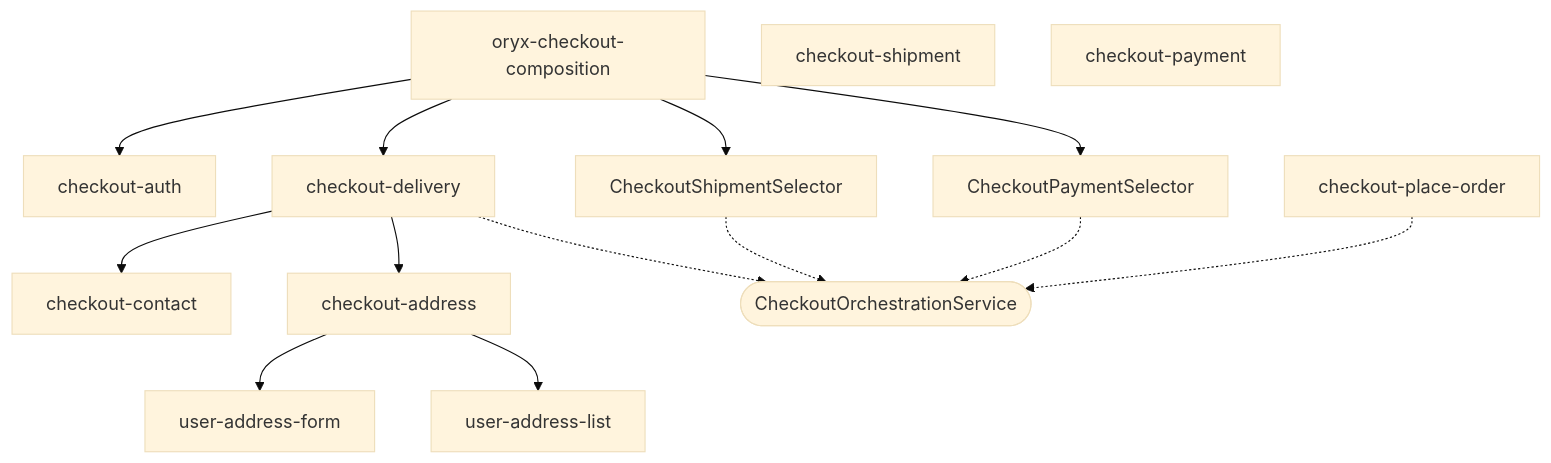
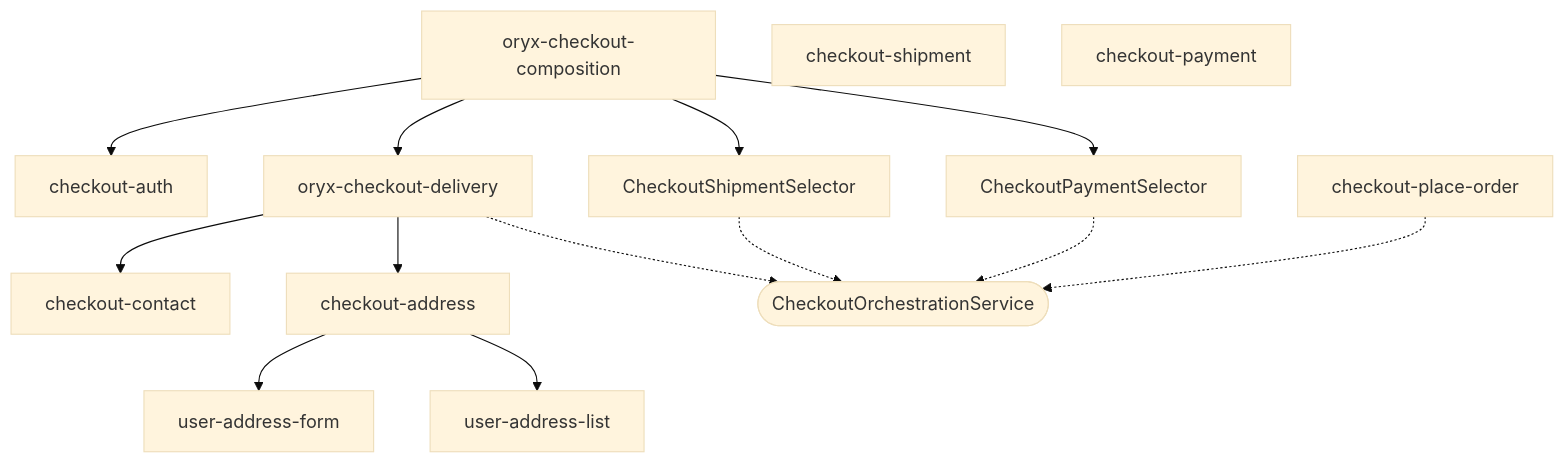
The first of 5 diagrams in docs/drafts/checkout/checkout-component-and-services.md (spryker/oryx), drawn with Mermaid (base theme) before and after one commit. The commit also changed other lines of this file and 42 other files, not shown here.

````diff
--- a/docs/drafts/checkout/checkout-component-and-services.md
+++ b/docs/drafts/checkout/checkout-component-and-services.md
@@ -5,36 +5,36 @@
 ```mermaid
 flowchart TD
 
 CheckoutComposition[oryx-checkout-composition]
 CheckoutAuth[checkout-auth]
-CheckoutDelivery[checkout-delivery]
+CheckoutDelivery[oryx-checkout-delivery]
 CheckoutContact[checkout-contact]
 CheckoutAddress[checkout-address]
 CheckoutShipment[checkout-shipment]
 CheckoutPayment[checkout-payment]
 
 CheckoutOrchestrationService([CheckoutOrchestrationService])
 
 CheckoutComposition --> CheckoutAuth
 CheckoutComposition --> CheckoutDelivery
 CheckoutComposition --> CheckoutShipmentSelector
 
 CheckoutDelivery --> CheckoutContact
 CheckoutDelivery --> CheckoutAddress
 
 CheckoutComposition --> CheckoutPaymentSelector
 
 CheckoutShipmentSelector -.-> CheckoutOrchestrationService
 CheckoutPaymentSelector -.-> CheckoutOrchestrationService
 CheckoutDelivery -.-> CheckoutOrchestrationService
 
 AddressForm[user-address-form]
 AddressList[user-address-list]
 
 CheckoutAddress --> AddressForm
 CheckoutAddress --> AddressList
 
 ChecoutPlaceOrder[checkout-place-order]
 ChecoutPlaceOrder-.-> CheckoutOrchestrationService
 
 ```
````
